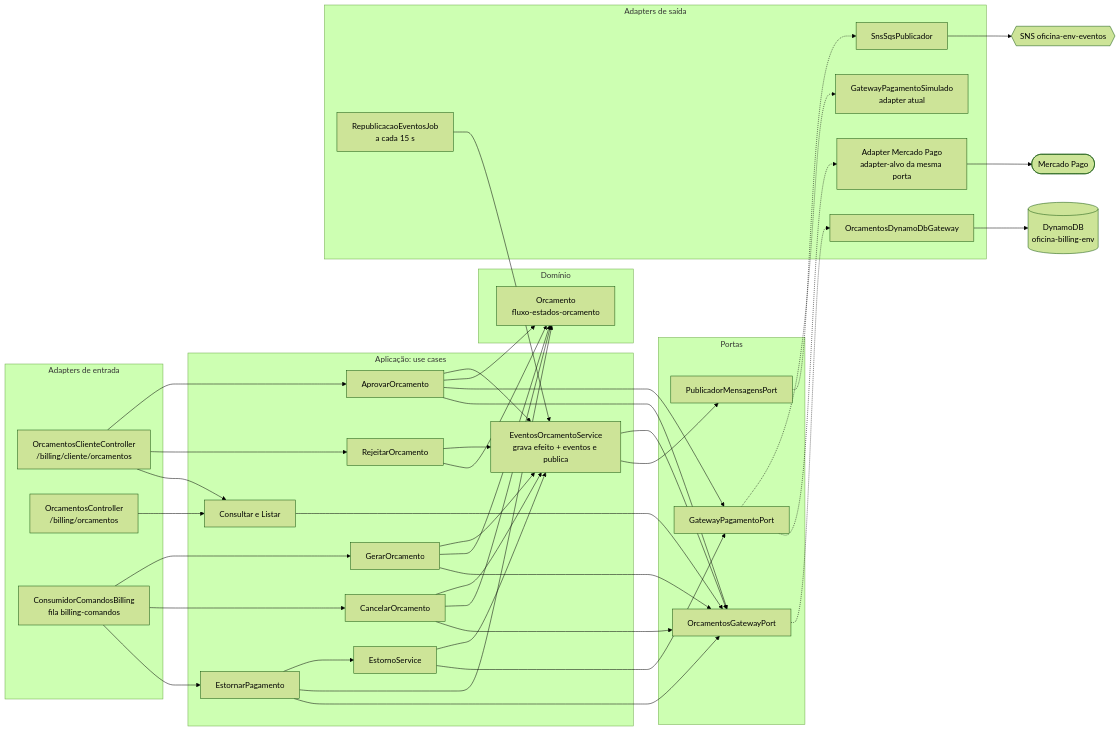
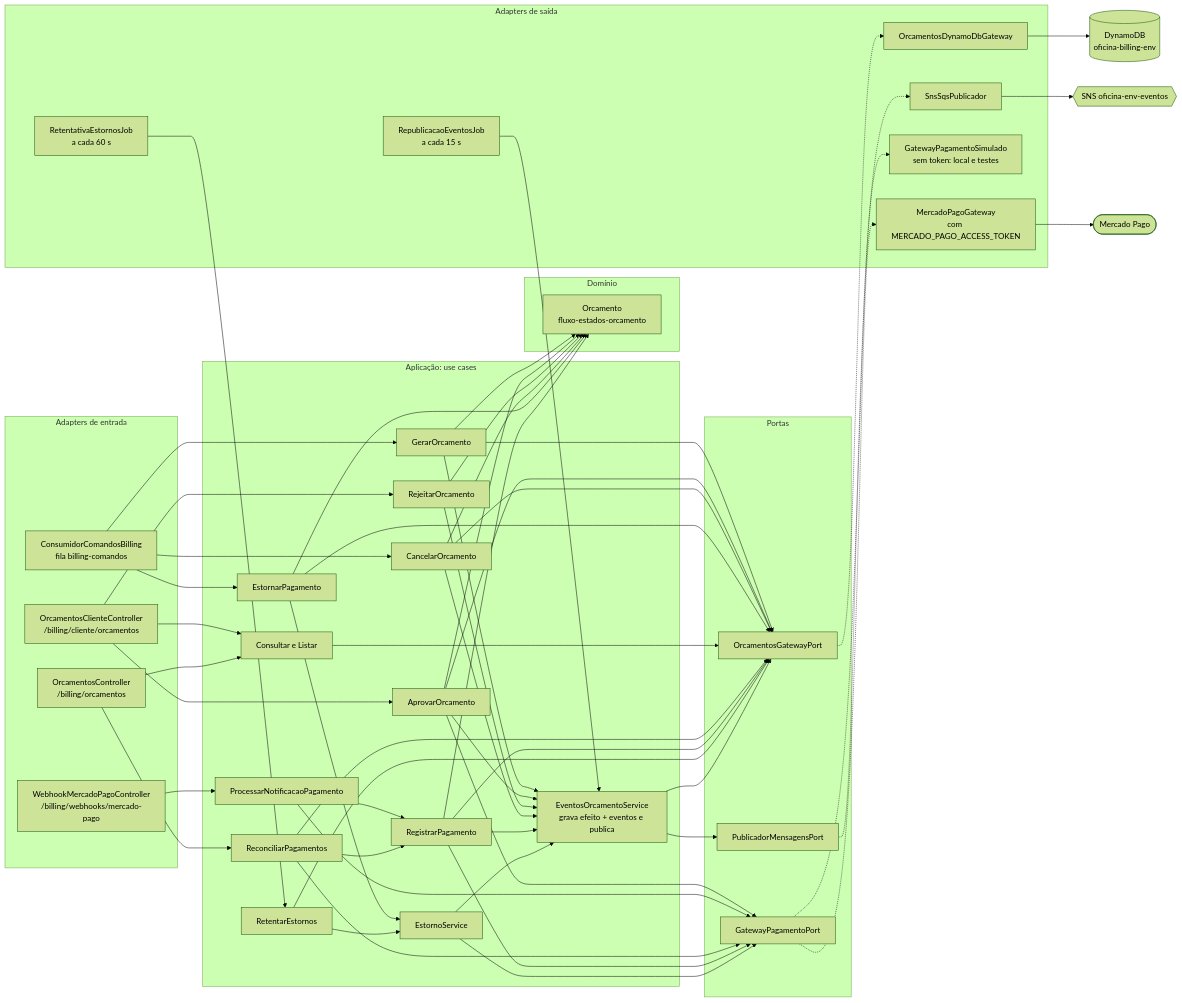
The first of 2 diagrams in docs/arquitetura.md (FIAP-POS-TECH-SOFTWARE-ARCHITECTURE/tc-oficina-billing-service), drawn with Mermaid (forest theme) before and after one commit. The commit also changed other lines of this file and 2 other files, not shown here.

Commit message:
docs: pagamento com Mercado Pago, webhook, reconciliacao e retentativa de estorno

````diff
--- a/docs/arquitetura.md
+++ b/docs/arquitetura.md
@@ -21,56 +22,65 @@
 ```mermaid
 flowchart LR
     subgraph entrada["Adapters de entrada"]
         ctrlCli["OrcamentosClienteController<br/>/billing/cliente/orcamentos"]
         ctrlStaff["OrcamentosController<br/>/billing/orcamentos"]
+        ctrlWh["WebhookMercadoPagoController<br/>/billing/webhooks/mercado-pago"]
         cons["ConsumidorComandosBilling<br/>fila billing-comandos"]
     end
 
     subgraph app["Aplicação: use cases"]
         ucGerar["GerarOrcamento"]
         ucAprovar["AprovarOrcamento"]
         ucRejeitar["RejeitarOrcamento"]
         ucCancelar["CancelarOrcamento"]
         ucEstornar["EstornarPagamento"]
         ucConsulta["Consultar e Listar"]
+        ucNotif["ProcessarNotificacaoPagamento"]
+        ucReconc["ReconciliarPagamentos"]
+        ucRegistrar["RegistrarPagamento"]
+        ucRetentar["RetentarEstornos"]
         svcEventos["EventosOrcamentoService<br/>grava efeito + eventos e publica"]
         svcEstorno["EstornoService"]
     end
 
     subgraph dominio["Domínio"]
         orc["Orcamento<br/>fluxo-estados-orcamento"]
     end
 
     subgraph portas["Portas"]
         pOrc["OrcamentosGatewayPort"]
         pPag["GatewayPagamentoPort"]
         pPub["PublicadorMensagensPort"]
     end
 
     subgraph saida["Adapters de saída"]
         aDdb["OrcamentosDynamoDbGateway"]
-        aSim["GatewayPagamentoSimulado<br/>adapter atual"]
-        aMp["Adapter Mercado Pago<br/>adapter-alvo da mesma porta"]
+        aMp["MercadoPagoGateway<br/>com MERCADO_PAGO_ACCESS_TOKEN"]
+        aSim["GatewayPagamentoSimulado<br/>sem token: local e testes"]
         aSns["SnsSqsPublicador"]
         job["RepublicacaoEventosJob<br/>a cada 15 s"]
+        jobEst["RetentativaEstornosJob<br/>a cada 60 s"]
     end
 
     ctrlCli --> ucAprovar & ucRejeitar & ucConsulta
-    ctrlStaff --> ucConsulta
+    ctrlStaff --> ucConsulta & ucReconc
+    ctrlWh --> ucNotif
     cons --> ucGerar & ucCancelar & ucEstornar
-    ucGerar & ucAprovar & ucRejeitar & ucCancelar --> svcEventos
-    ucEstornar --> svcEstorno --> svcEventos
-    ucGerar & ucAprovar & ucRejeitar & ucCancelar & ucEstornar --> orc
-    ucAprovar --> pPag
+    ucNotif & ucReconc --> ucRegistrar
+    ucGerar & ucAprovar & ucRejeitar & ucCancelar & ucRegistrar --> svcEventos
+    ucEstornar & ucRetentar --> svcEstorno --> svcEventos
+    ucGerar & ucAprovar & ucRejeitar & ucCancelar & ucEstornar & ucRegistrar --> orc
+    ucAprovar & ucNotif & ucReconc & ucRegistrar --> pPag
     svcEstorno --> pPag
-    ucGerar & ucAprovar & ucCancelar & ucEstornar & ucConsulta --> pOrc
+    ucGerar & ucAprovar & ucCancelar & ucEstornar & ucConsulta & ucReconc & ucRegistrar & ucRetentar --> pOrc
     svcEventos --> pOrc & pPub
     pOrc -.-> aDdb
+    pPag -.-> aMp
     pPag -.-> aSim
-    pPag -.-> aMp
     pPub -.-> aSns
     job --> svcEventos
+    jobEst --> ucRetentar
     aDdb --> ddb[("DynamoDB<br/>oficina-billing-env")]
     aSns --> sns{{"SNS oficina-env-eventos"}}
     aMp --> mp(["Mercado Pago"])
 ```
````
